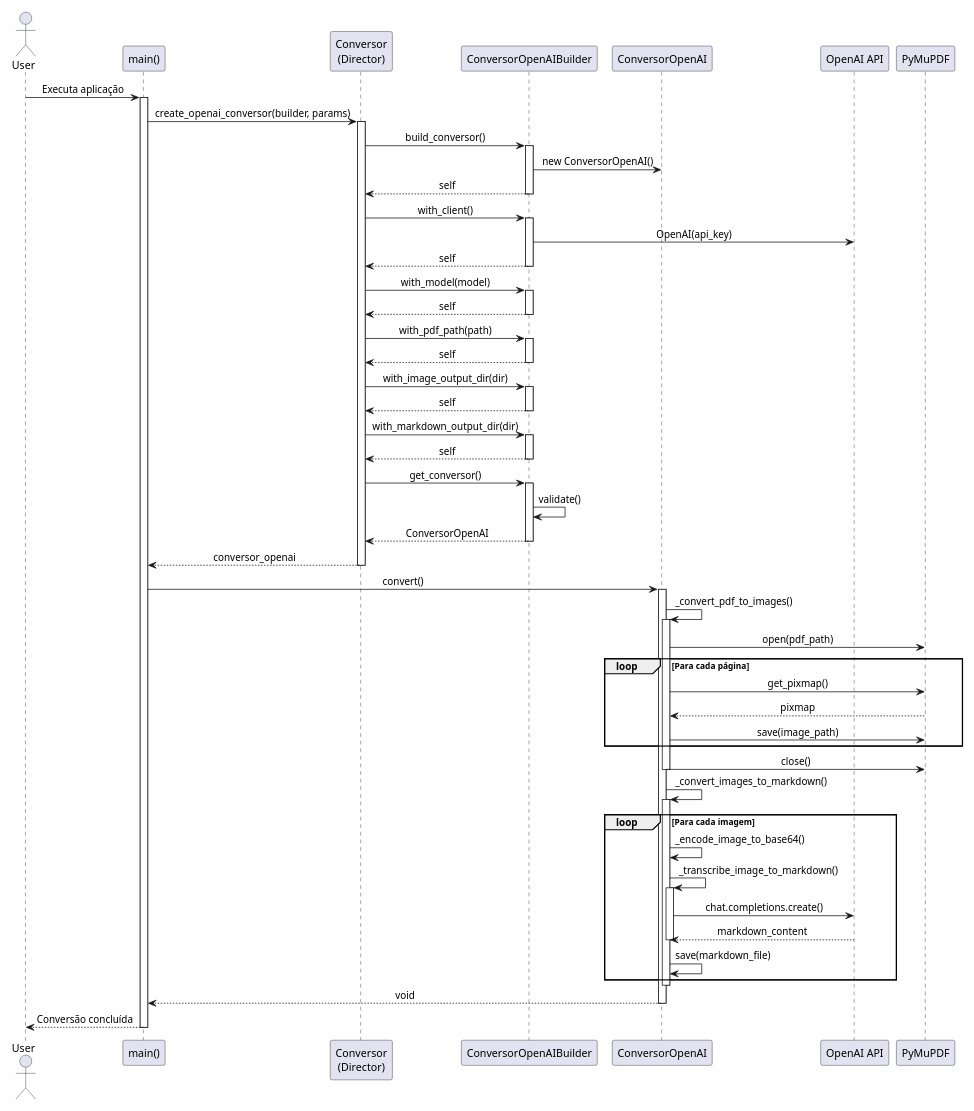
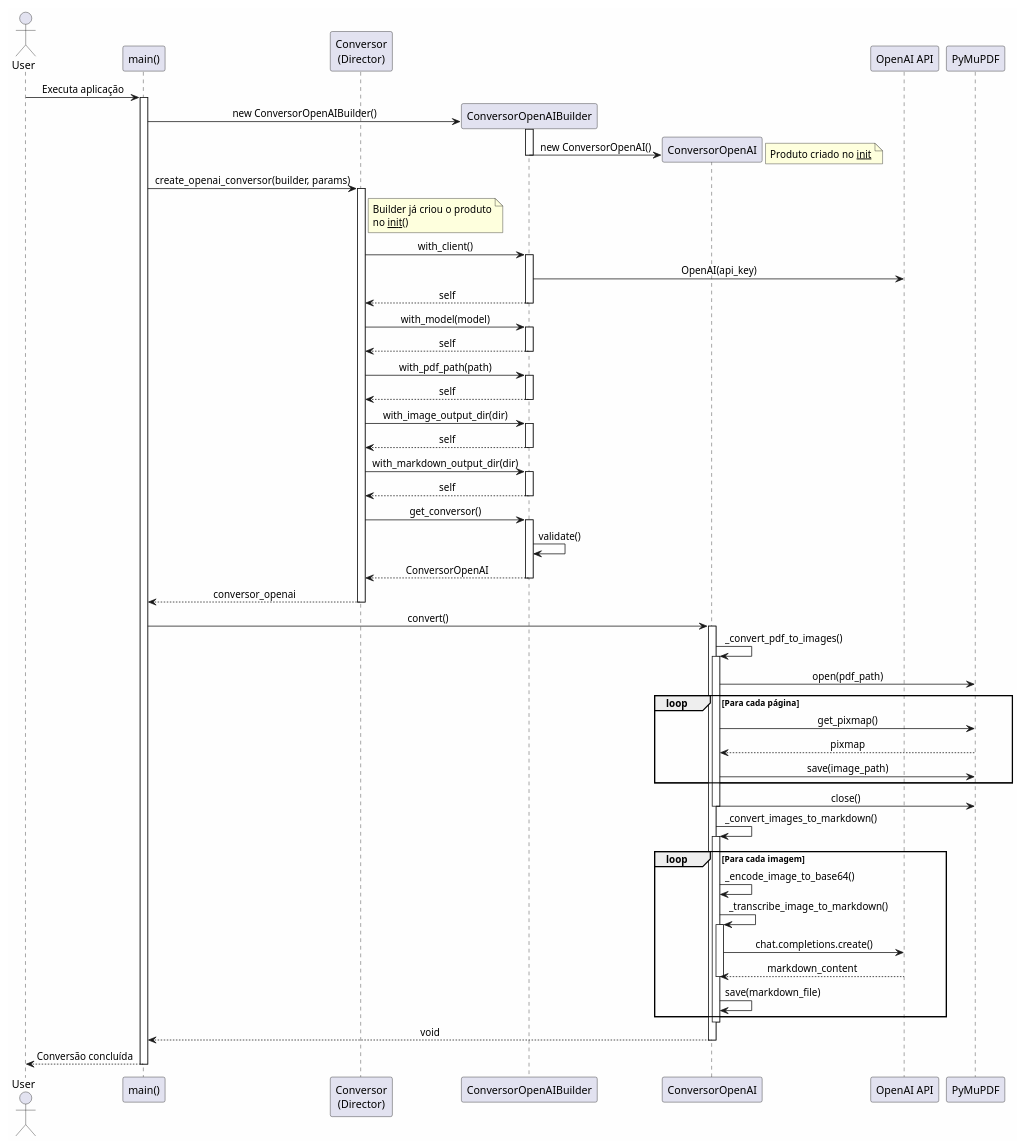
One commit to dauid64/agente_analista_de_empresas changed the diagram in diagrams/sequence_diagram.puml. Above: the diagram before and after it, drawn with PlantUML. The commit also changed 4 other files, not shown here.

```diff
--- a/diagrams/sequence_diagram.puml
+++ b/diagrams/sequence_diagram.puml
@@ -1,94 +1,101 @@
 @startuml Conversor Architecture - Sequence Diagram
 
 skinparam backgroundColor #FEFEFE
 skinparam sequenceMessageAlign center
 
 actor User
 participant "main()" as Main
 participant "Conversor\n(Director)" as Director
 participant "ConversorOpenAIBuilder" as Builder
 participant "ConversorOpenAI" as Strategy
 participant "OpenAI API" as API
 participant "PyMuPDF" as PDF
 
 User -> Main: Executa aplicação
 activate Main
 
+create Builder
+Main -> Builder: new ConversorOpenAIBuilder()
+activate Builder
+create Strategy
+Builder -> Strategy: new ConversorOpenAI()
+note right: Produto criado no __init__
+deactivate Builder
+
 Main -> Director: create_openai_conversor(builder, params)
 activate Director
 
-Director -> Builder: build_conversor()
-activate Builder
-Builder -> Strategy: new ConversorOpenAI()
-Builder --> Director: self
-deactivate Builder
+note right of Director
+  Builder já criou o produto
+  no __init__()
+end note
 
 Director -> Builder: with_client()
 activate Builder
 Builder -> API: OpenAI(api_key)
 Builder --> Director: self
 deactivate Builder
 
 Director -> Builder: with_model(model)
 activate Builder
 Builder --> Director: self
 deactivate Builder
 
 Director -> Builder: with_pdf_path(path)
 activate Builder
 Builder --> Director: self
 deactivate Builder
 
 Director -> Builder: with_image_output_dir(dir)
 activate Builder
 Builder --> Director: self
 deactivate Builder
 
 Director -> Builder: with_markdown_output_dir(dir)
 activate Builder
 Builder --> Director: self
 deactivate Builder
 
 Director -> Builder: get_conversor()
 activate Builder
 Builder -> Builder: validate()
 Builder --> Director: ConversorOpenAI
 deactivate Builder
 
 Director --> Main: conversor_openai
 deactivate Director
 
 Main -> Strategy: convert()
 activate Strategy
 
 Strategy -> Strategy: _convert_pdf_to_images()
 activate Strategy
 Strategy -> PDF: open(pdf_path)
 loop Para cada página
     Strategy -> PDF: get_pixmap()
     PDF --> Strategy: pixmap
     Strategy -> PDF: save(image_path)
 end
 Strategy -> PDF: close()
 deactivate Strategy
 
 Strategy -> Strategy: _convert_images_to_markdown()
 activate Strategy
 loop Para cada imagem
     Strategy -> Strategy: _encode_image_to_base64()
     Strategy -> Strategy: _transcribe_image_to_markdown()
     activate Strategy
     Strategy -> API: chat.completions.create()
     API --> Strategy: markdown_content
     deactivate Strategy
     Strategy -> Strategy: save(markdown_file)
 end
 deactivate Strategy
 
 Strategy --> Main: void
 deactivate Strategy
 
 Main --> User: Conversão concluída
 deactivate Main
 
 @enduml
```
